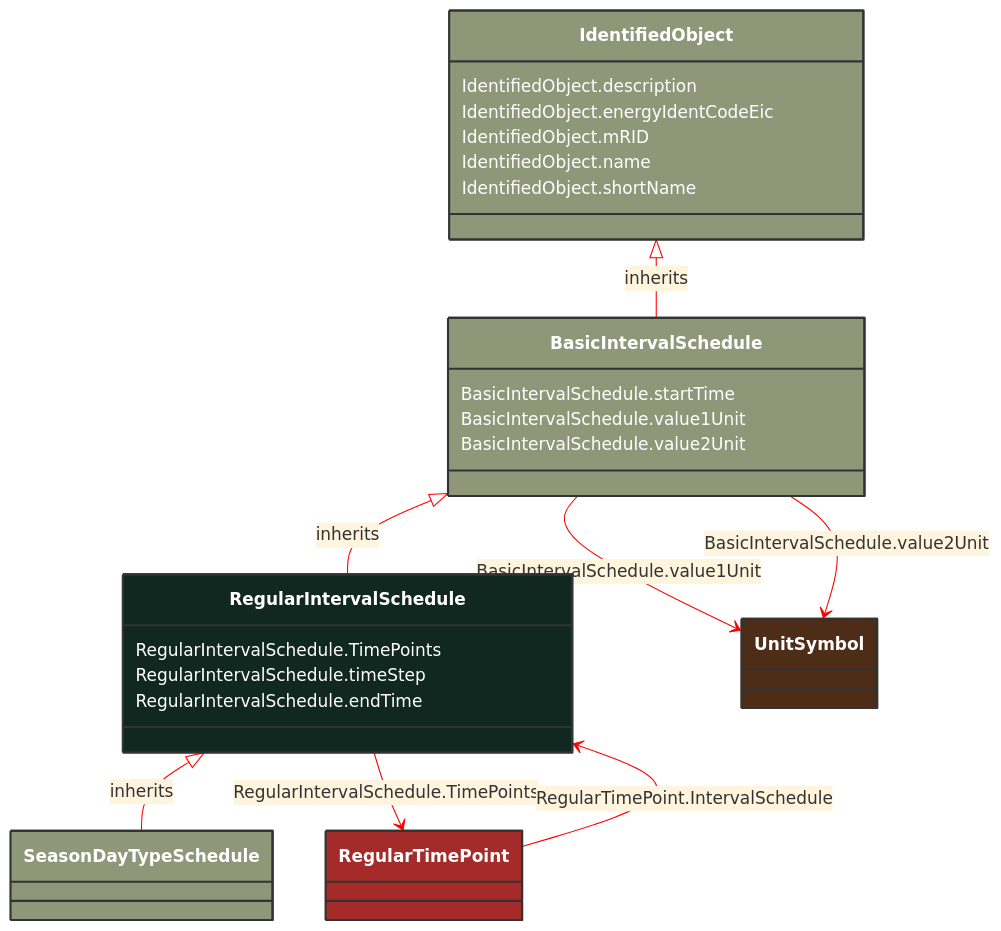
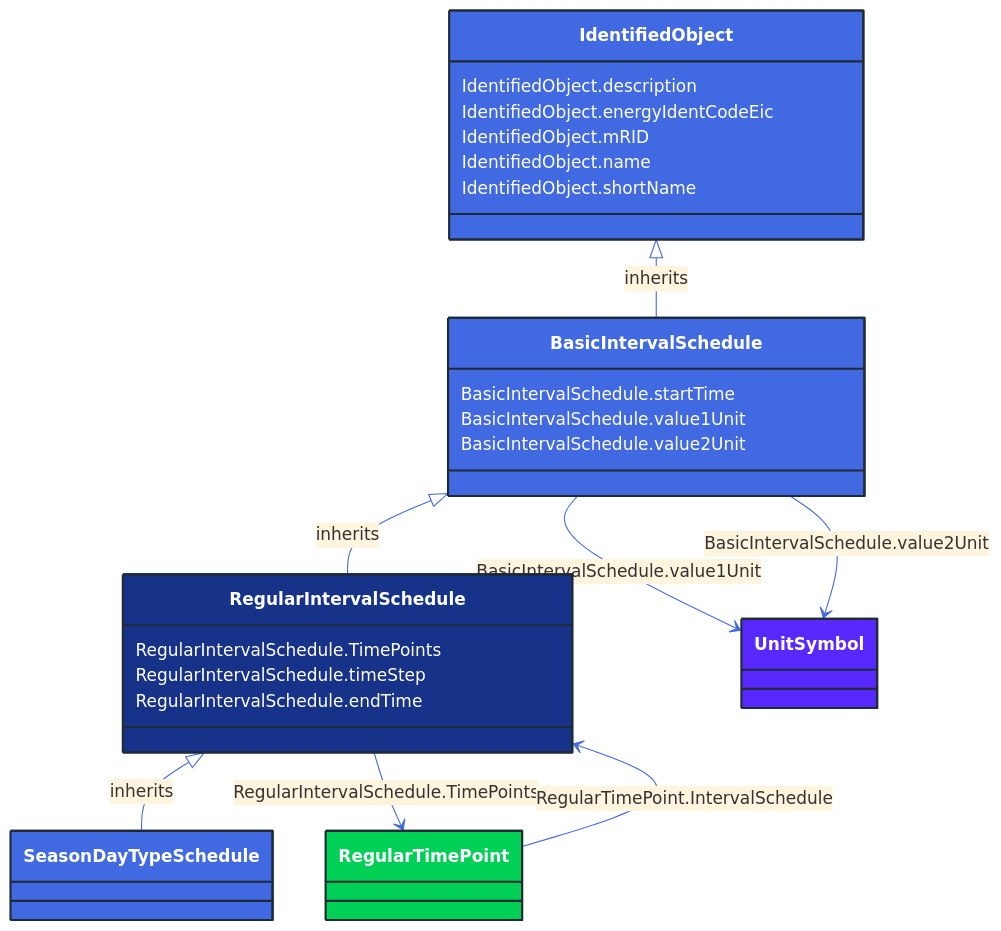
Before and after one commit to 3lbits/NoCIMExtensions: the diagram in docs/Models/Profiles/CoreEquipment/AbstractClasses/RegularIntervalSchedule.md, drawn with Mermaid. The commit also changed 362 other files, not shown here.

First line of the commit message:
Update diagrams and styles for improved visual consistency

````diff
--- a/docs/Models/Profiles/CoreEquipment/AbstractClasses/RegularIntervalSchedule.md
+++ b/docs/Models/Profiles/CoreEquipment/AbstractClasses/RegularIntervalSchedule.md
@@ -10,56 +10,56 @@
 ```mermaid
-%%{init: {'theme':'base','themeVariables': {'lineColor': '#FF0000'}}}%%
+%%{init: {'theme':'base','themeVariables': {'lineColor': '#4169E1'}}}%%
 classDiagram
     class RegularIntervalSchedule
     click RegularIntervalSchedule href "/Models/Profiles/CoreEquipment/AbstractClasses/RegularIntervalSchedule/"
-    style RegularIntervalSchedule fill:#102820,stroke:#333,stroke-width:2px,rx:10,ry:10,color:white
+    style RegularIntervalSchedule fill:#163289,stroke:#1F2A37,stroke-width:2px,rx:10,ry:10,color:white
 
         RegularIntervalSchedule <|-- SeasonDayTypeSchedule : inherits
 
         SeasonDayTypeSchedule
             click SeasonDayTypeSchedule href "/Models/Profiles/CoreEquipment/AbstractClasses/SeasonDayTypeSchedule/"
-            style SeasonDayTypeSchedule fill:#8F9779,stroke:#333,stroke-width:2px,rx:10,ry:10,color:white
+            style SeasonDayTypeSchedule fill:#4169E1,stroke:#1F2A37,stroke-width:2px,rx:10,ry:10,color:white
      
         BasicIntervalSchedule <|-- RegularIntervalSchedule : inherits
             click BasicIntervalSchedule href "/Models/Profiles/CoreEquipment/AbstractClasses/BasicIntervalSchedule/"
-            style BasicIntervalSchedule fill:#8F9779,stroke:#333,stroke-width:2px,rx:10,ry:10,color:white
+            style BasicIntervalSchedule fill:#4169E1,stroke:#1F2A37,stroke-width:2px,rx:10,ry:10,color:white
      
         IdentifiedObject <|-- BasicIntervalSchedule : inherits
             click IdentifiedObject href "/Models/Profiles/CoreEquipment/AbstractClasses/IdentifiedObject/"
-            style IdentifiedObject fill:#8F9779,stroke:#333,stroke-width:2px,rx:10,ry:10,color:white
+            style IdentifiedObject fill:#4169E1,stroke:#1F2A37,stroke-width:2px,rx:10,ry:10,color:white
 
         RegularIntervalSchedule --> RegularTimePoint : RegularIntervalSchedule.TimePoints
 
         RegularTimePoint
             click RegularTimePoint href "/Models/Profiles/CoreEquipment/ConcreteClasses/RegularTimePoint/"
-            style RegularTimePoint fill:#A52A2A,stroke:#333,stroke-width:2px,rx:10,ry:10,color:white
+            style RegularTimePoint fill:#00D156,stroke:#1F2A37,stroke-width:2px,rx:10,ry:10,color:white
 
         RegularTimePoint --> RegularIntervalSchedule : RegularTimePoint.IntervalSchedule
 
         RegularTimePoint
             click RegularTimePoint href "/Models/Profiles/CoreEquipment/ConcreteClasses/RegularTimePoint/"
-            style RegularTimePoint fill:#A52A2A,stroke:#333,stroke-width:2px,rx:10,ry:10,color:white
+            style RegularTimePoint fill:#00D156,stroke:#1F2A37,stroke-width:2px,rx:10,ry:10,color:white
 
         BasicIntervalSchedule --> UnitSymbol : BasicIntervalSchedule.value1Unit
 
         UnitSymbol
             click UnitSymbol href "/Models/Profiles/CoreEquipment/Enumerations/UnitSymbol/"
-            style UnitSymbol fill:#4D2D18,stroke:#333,stroke-width:2px,rx:10,ry:10,color:white
+            style UnitSymbol fill:#5729FF,stroke:#1F2A37,stroke-width:2px,rx:10,ry:10,color:white
         BasicIntervalSchedule --> UnitSymbol : BasicIntervalSchedule.value2Unit
 
         UnitSymbol
             click UnitSymbol href "/Models/Profiles/CoreEquipment/Enumerations/UnitSymbol/"
-            style UnitSymbol fill:#4D2D18,stroke:#333,stroke-width:2px,rx:10,ry:10,color:white
+            style UnitSymbol fill:#5729FF,stroke:#1F2A37,stroke-width:2px,rx:10,ry:10,color:white
 
         RegularIntervalSchedule : RegularIntervalSchedule.TimePoints
         RegularIntervalSchedule : RegularIntervalSchedule.timeStep
         RegularIntervalSchedule : RegularIntervalSchedule.endTime
         BasicIntervalSchedule : BasicIntervalSchedule.startTime
         BasicIntervalSchedule : BasicIntervalSchedule.value1Unit
         BasicIntervalSchedule : BasicIntervalSchedule.value2Unit
         IdentifiedObject : IdentifiedObject.description
         IdentifiedObject : IdentifiedObject.energyIdentCodeEic
         IdentifiedObject : IdentifiedObject.mRID
         IdentifiedObject : IdentifiedObject.name
         IdentifiedObject : IdentifiedObject.shortName
 ```
````
